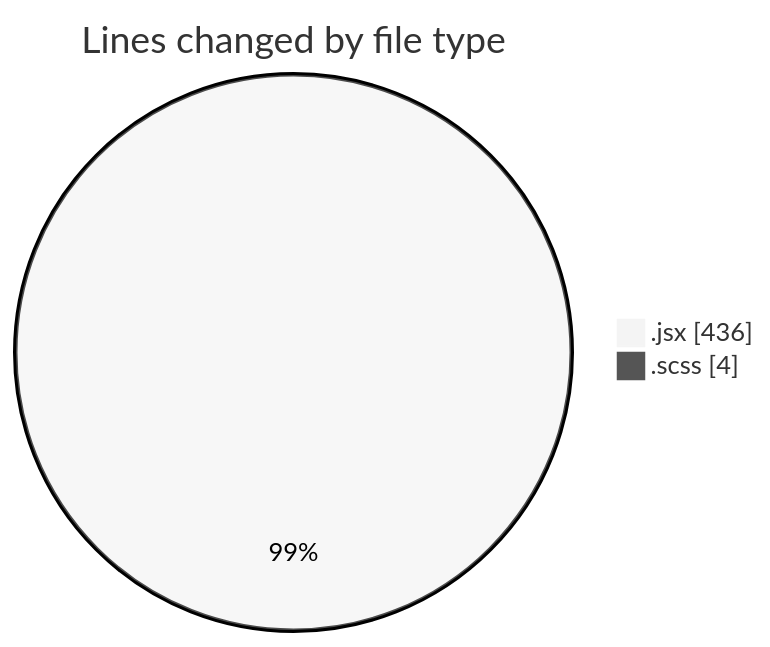
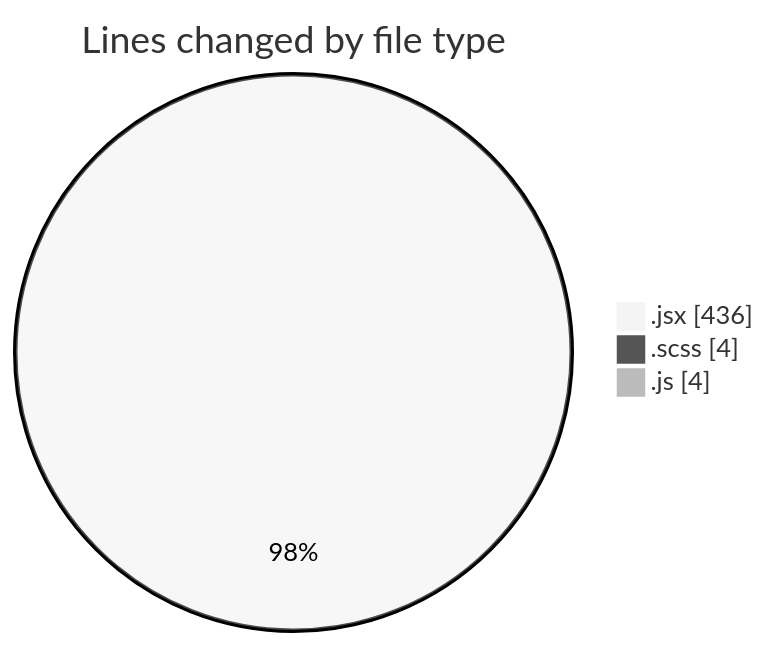
The first of 2 diagrams in 2025-06-04/cda/README.md (momahboobian/code-tracking), drawn with Mermaid (neutral theme) before and after one commit. The commit also changed other lines of this file and 1 other file, not shown here.

````diff
--- a/2025-06-04/cda/README.md
+++ b/2025-06-04/cda/README.md
@@ -22,6 +23,7 @@
 ```mermaid
 pie showData
 title Lines changed by file type
 ".jsx" : 436
 ".scss" : 4
+".js" : 4
 ```
````
